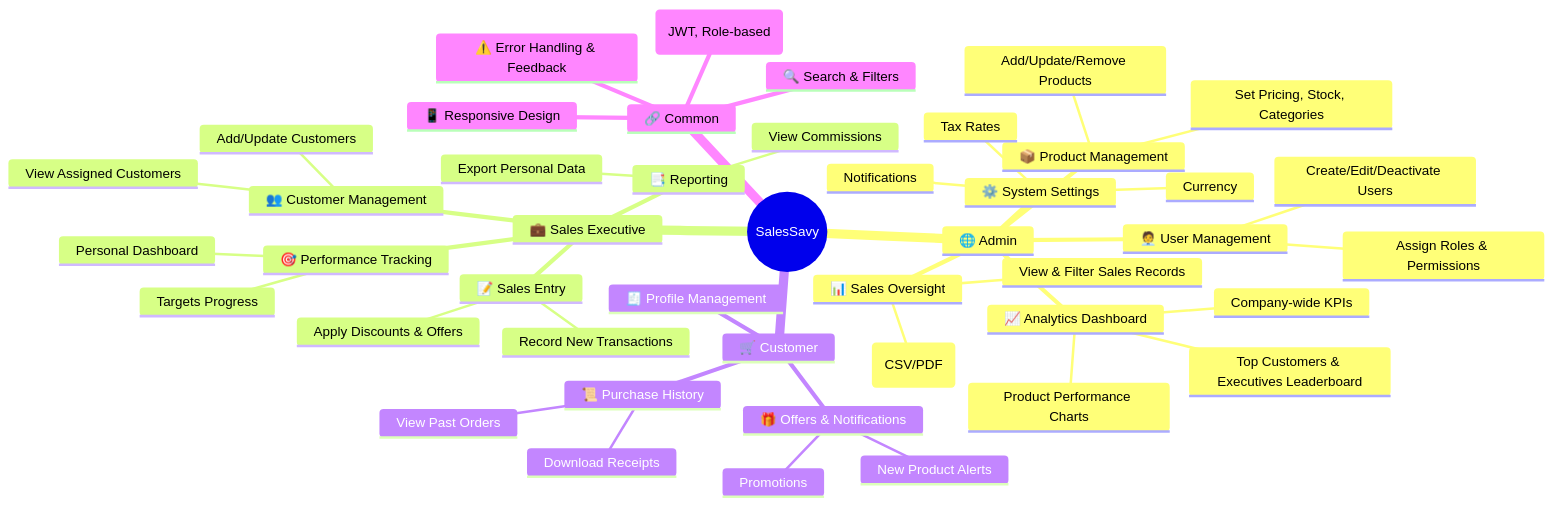
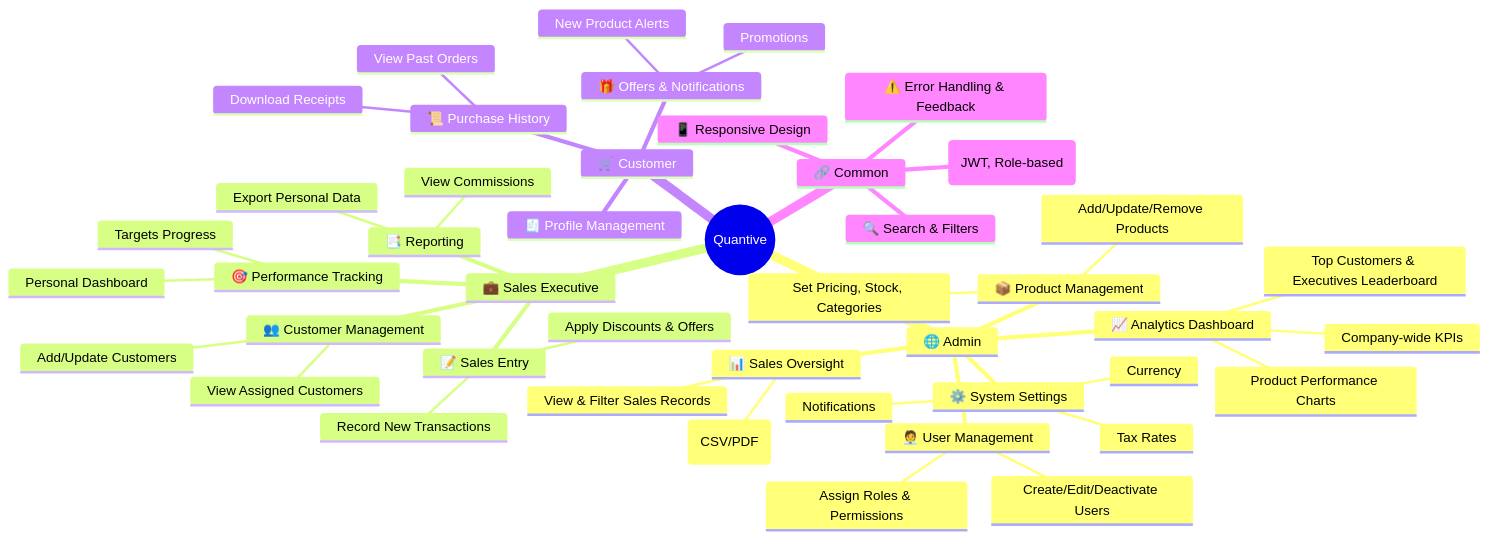
The diagram in README.md (Khyaded-Ambika/Quantive), drawn with Mermaid before and after one commit. The commit also changed other lines of this file, not shown here.

````diff
--- a/README.md
+++ b/README.md
@@ -40,49 +40,49 @@
 ```mermaid 
 mindmap
-  root((SalesSavy))
+  root((Quantive))
     🌐 Admin
       🧑‍💼 User Management
         Create/Edit/Deactivate Users
         Assign Roles & Permissions
       📦 Product Management
         Add/Update/Remove Products
         Set Pricing, Stock, Categories
       📊 Sales Oversight
         View & Filter Sales Records
         Export Reports (CSV/PDF)
       📈 Analytics Dashboard
         Company-wide KPIs
         Product Performance Charts
         Top Customers & Executives Leaderboard
       ⚙️ System Settings
         Tax Rates
         Currency
         Notifications
     💼 Sales Executive
       👥 Customer Management
         Add/Update Customers
         View Assigned Customers
       📝 Sales Entry
         Record New Transactions
         Apply Discounts & Offers
       🎯 Performance Tracking
         Personal Dashboard
         Targets Progress
       📑 Reporting
         Export Personal Data
         View Commissions
     🛒 Customer
       🧾 Profile Management
       📜 Purchase History
         View Past Orders
         Download Receipts
       🎁 Offers & Notifications
         Promotions
         New Product Alerts
     🔗 Common
       🔐 Authentication & Authorization (JWT, Role-based)
       📱 Responsive Design
       🔍 Search & Filters
       ⚠️ Error Handling & Feedback
 
 ``` 
````
